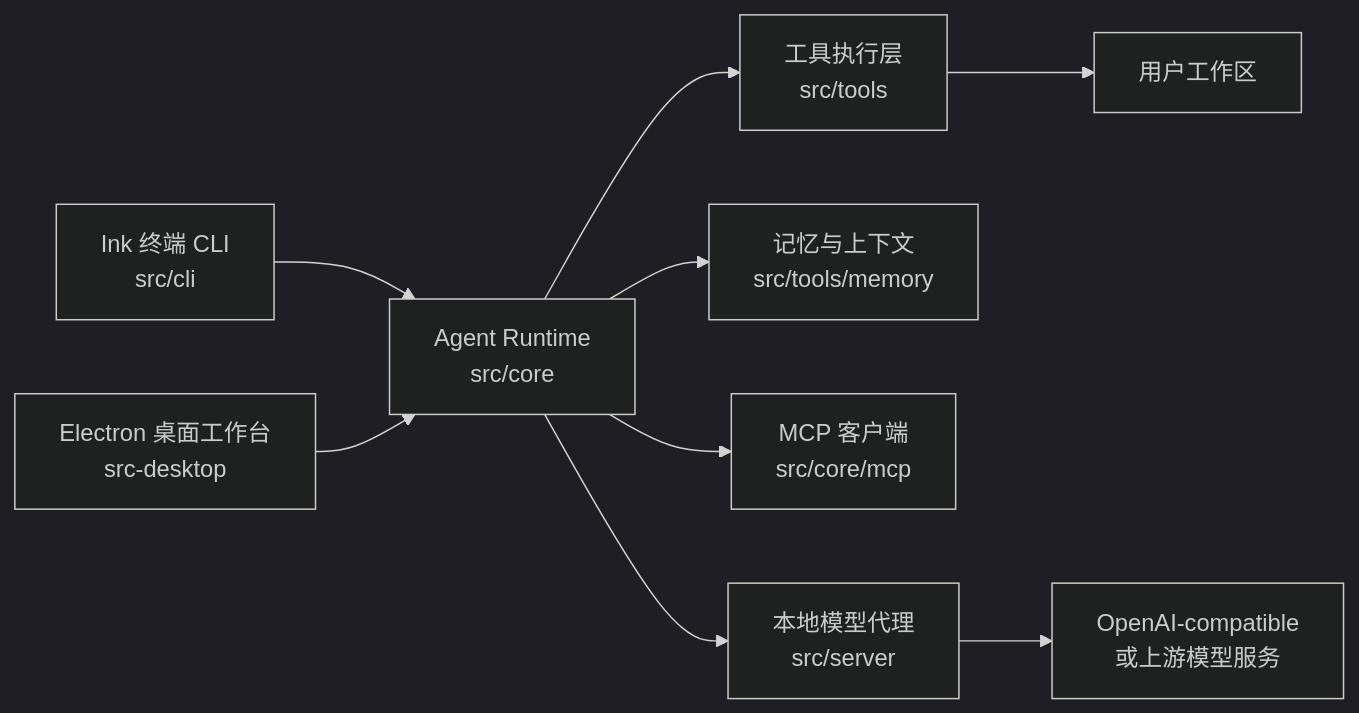
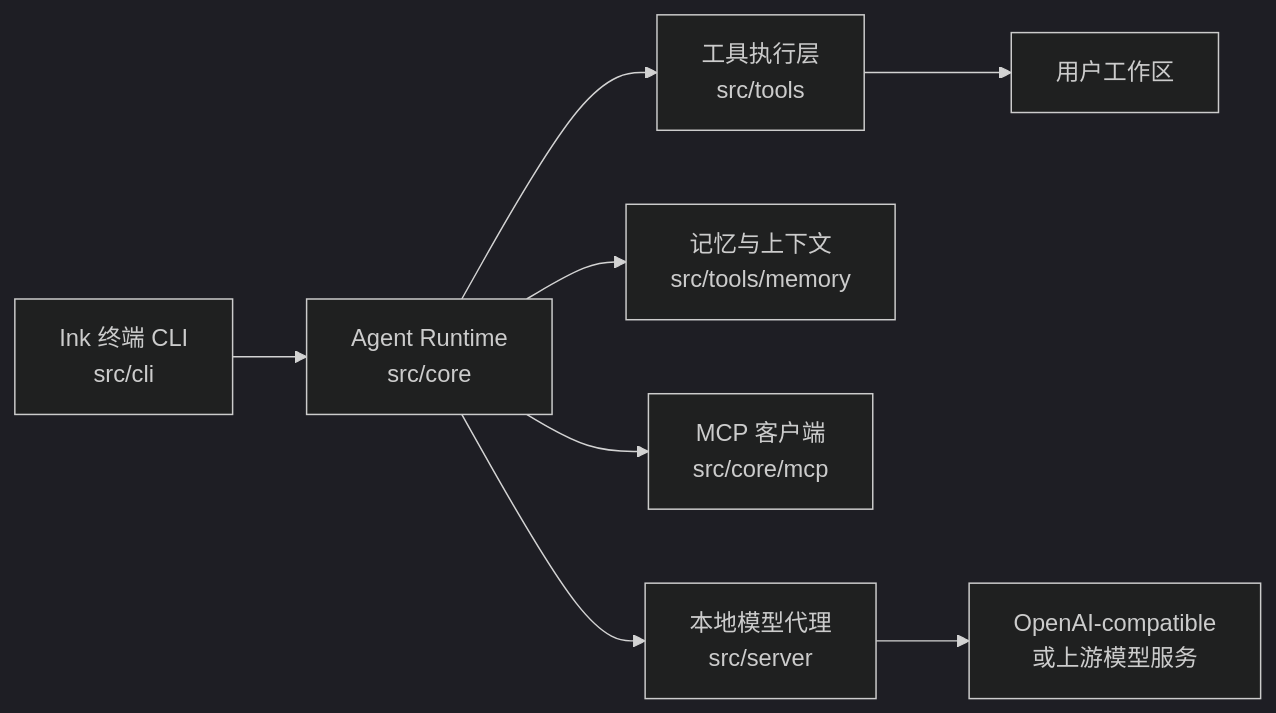
One commit to MengShengbo/TurboFlux changed the first of 2 diagrams in README.md. Above: the diagram before and after it, drawn with Mermaid (dark theme). The commit also changed other lines of this file and 7 other files, not shown here.

````diff
--- a/README.md
+++ b/README.md
@@ -39,11 +40,10 @@
 ```mermaid
 flowchart LR
   CLI["Ink 终端 CLI\nsrc/cli"] --> Runtime["Agent Runtime\nsrc/core"]
-  Desktop["Electron 桌面工作台\nsrc-desktop"] --> Runtime
   Runtime --> Tools["工具执行层\nsrc/tools"]
   Runtime --> Memory["记忆与上下文\nsrc/tools/memory"]
   Runtime --> MCP["MCP 客户端\nsrc/core/mcp"]
   Runtime --> Proxy["本地模型代理\nsrc/server"]
   Proxy --> Provider["OpenAI-compatible\n或上游模型服务"]
   Tools --> Workspace["用户工作区"]
 ```
````
